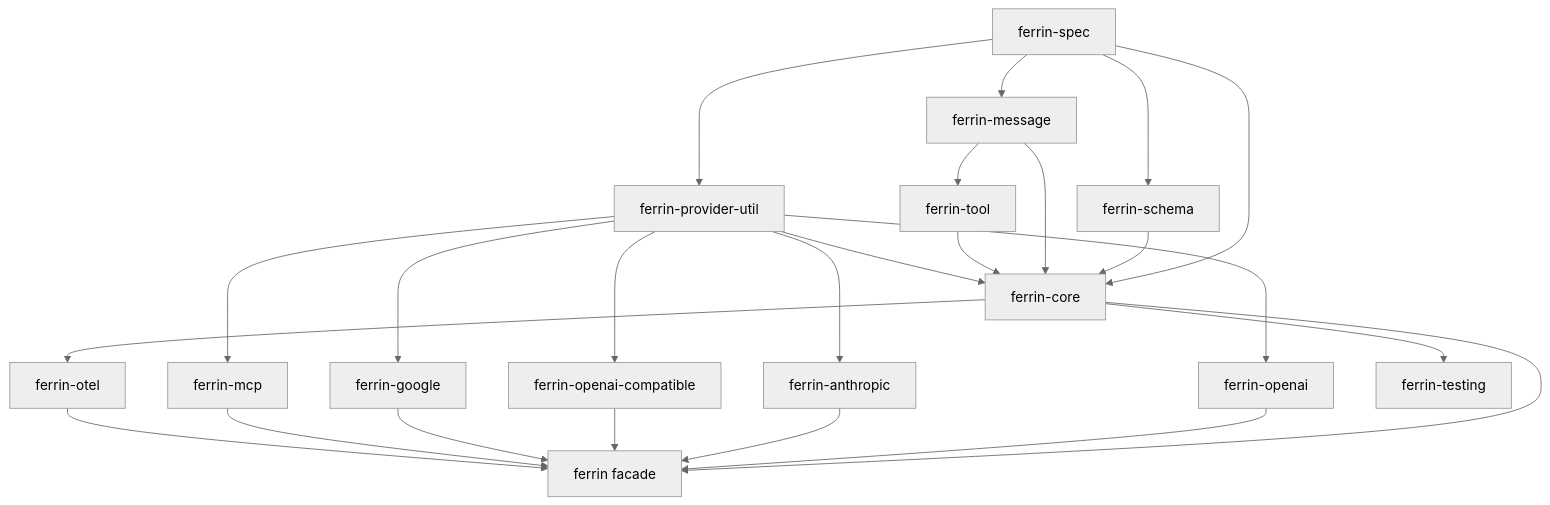
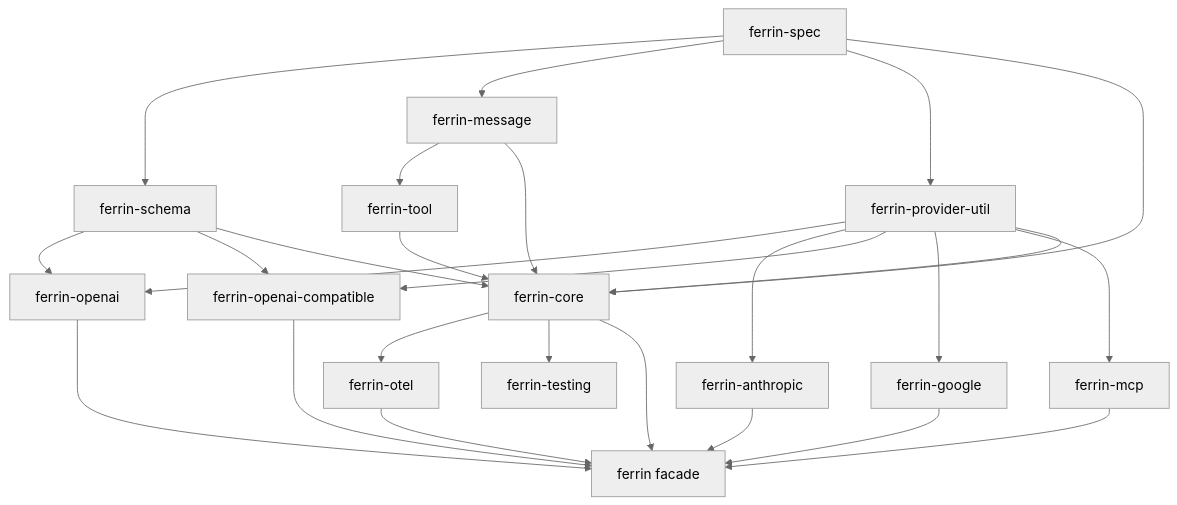
One commit to f4tumnigrum/ferrin changed the diagram in docs/01-architecture/02-crates.md. Above: the diagram before and after it, drawn with Mermaid (neutral theme). The commit also changed other lines of this file and 25 other files, not shown here.

First line of the commit message:
fix(openai): apply strict transforms to request schemas

````diff
--- a/docs/01-architecture/02-crates.md
+++ b/docs/01-architecture/02-crates.md
@@ -34,26 +34,28 @@
 ```mermaid
 flowchart TD
     spec[ferrin-spec] --> schema[ferrin-schema]
     spec --> message[ferrin-message]
     message --> tool[ferrin-tool]
     spec --> util[ferrin-provider-util]
     util --> openai[ferrin-openai]
     util --> anthropic[ferrin-anthropic]
     util --> compatible[ferrin-openai-compatible]
+    schema --> openai
+    schema --> compatible
     util --> google[ferrin-google]
     util --> mcp[ferrin-mcp]
     spec --> core[ferrin-core]
     schema --> core
     message --> core
     tool --> core
     util --> core
     core --> otel[ferrin-otel]
     core --> testing[ferrin-testing]
     core --> facade[ferrin facade]
     openai --> facade
     anthropic --> facade
     compatible --> facade
     google --> facade
     mcp --> facade
     otel --> facade
 ```
````
